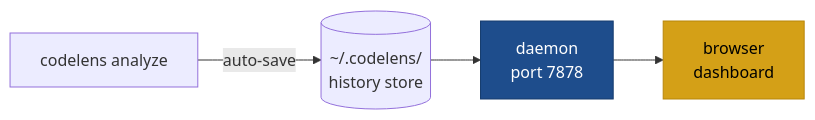
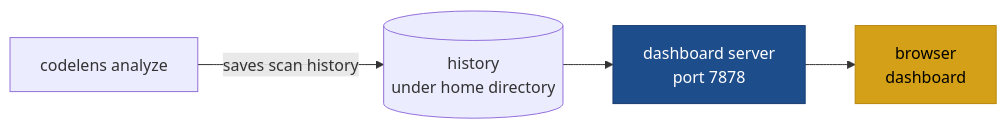
Before and after one commit to shubhamkaushal765/codelens-docs: the diagram in docs/cli/show.md, drawn with Mermaid. The commit also changed other lines of this file and 30 other files, not shown here.

````diff
--- a/docs/cli/show.md
+++ b/docs/cli/show.md
@@ -17,11 +19,11 @@
 ```mermaid
 flowchart LR
-    A[codelens analyze] -->|auto-save| B[(~/.codelens/\nhistory store)]
-    B --> C[daemon\nport 7878]
+    A[codelens analyze] -->|saves scan history| B[(history\nunder home directory)]
+    B --> C[dashboard server\nport 7878]
     C --> D[browser\ndashboard]
 
     classDef accent fill:#d4a017,color:#000,stroke:#b8860b
     classDef primary fill:#1e4d8c,color:#fff,stroke:#163c6e
     class C primary
     class D accent
 ```
````
